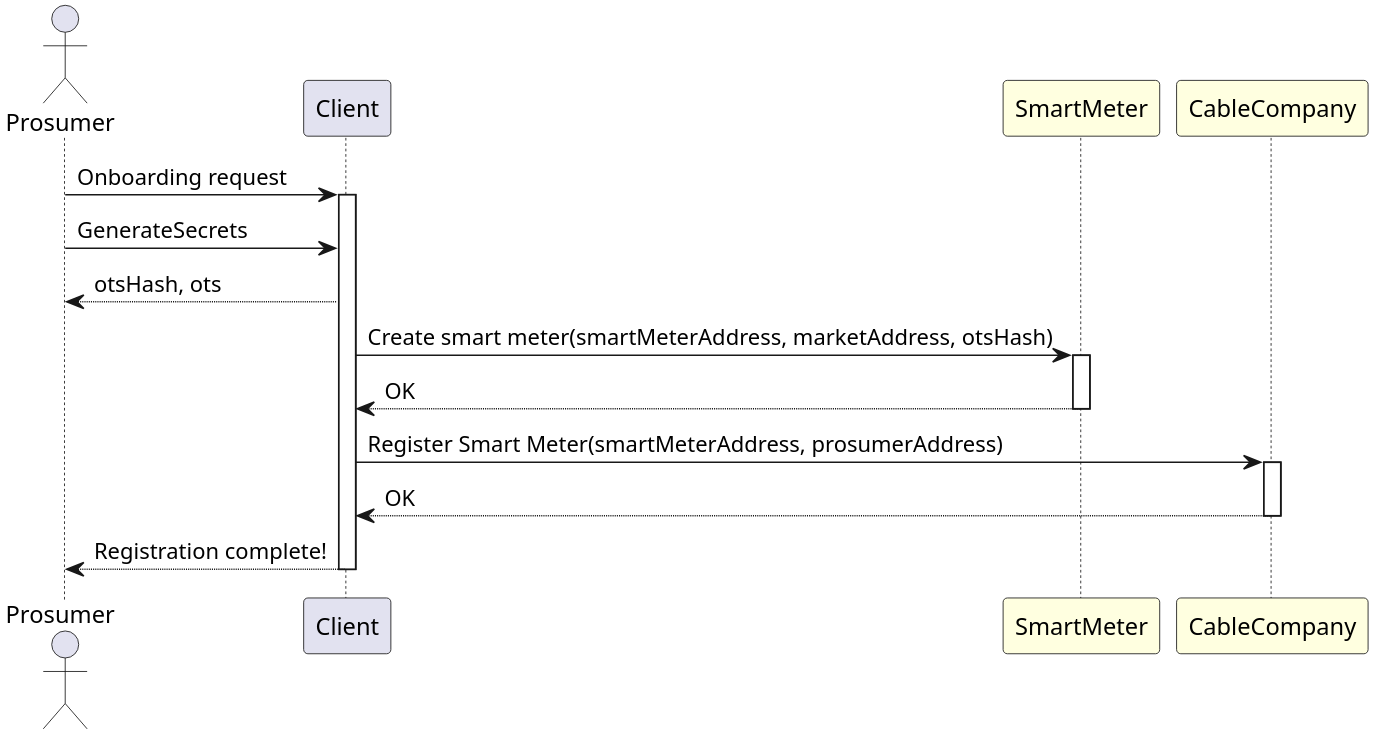
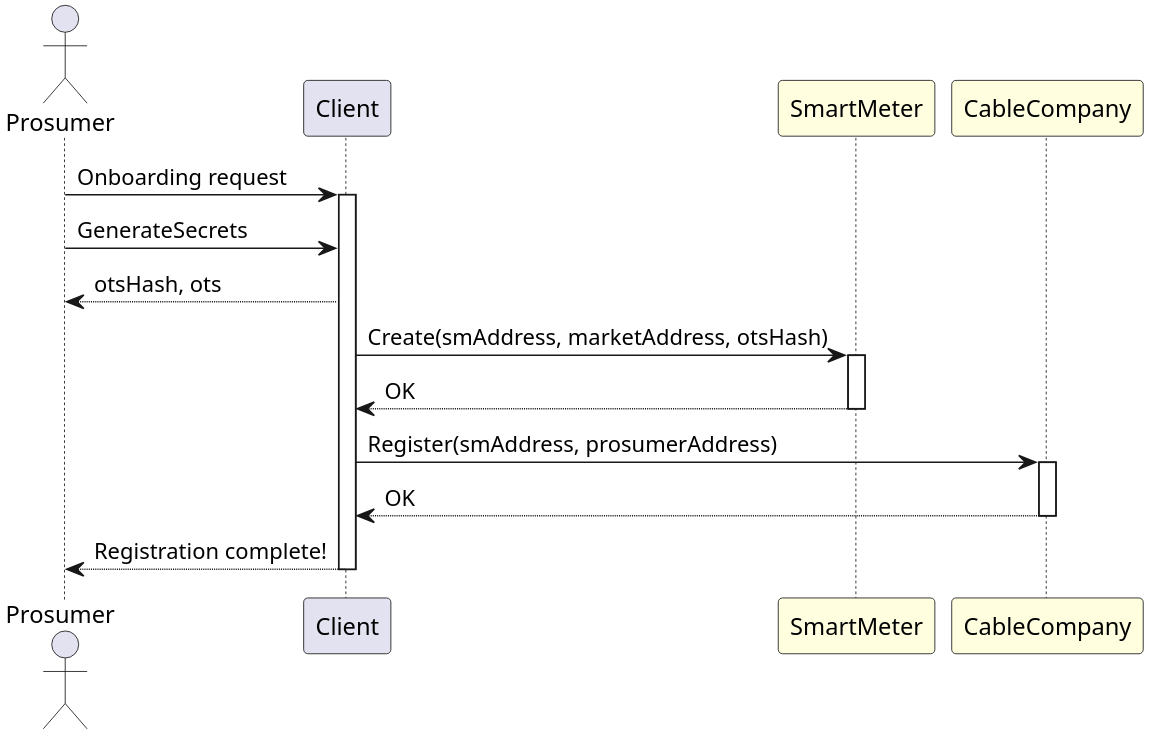
One commit to antonoeschmidt/SmartGridEmpowered changed the diagram in docs/SequenceDiagrams/onboarding.puml. Above: the diagram before and after it, drawn with PlantUML. The commit also changed 2 other files, not shown here.

Commit message:
updated diagrams agian

```diff
--- a/docs/SequenceDiagrams/onboarding.puml
+++ b/docs/SequenceDiagrams/onboarding.puml
@@ -1,17 +1,17 @@
-@startuml
+@startuml Onboarding
 actor Prosumer
 participant Client
 participant SmartMeter #LightYellow
 participant CableCompany #LightYellow
 
 skinparam dpi 300
 
 Prosumer -> Client ++: Onboarding request
 Prosumer -> Client: GenerateSecrets
 Client --> Prosumer: otsHash, ots
-Client -> SmartMeter ++: Create smart meter(smartMeterAddress, marketAddress, otsHash)
+Client -> SmartMeter ++: Create(smAddress, marketAddress, otsHash)
 SmartMeter --> Client --: OK
-Client -> CableCompany ++: Register Smart Meter(smartMeterAddress, prosumerAddress)
+Client -> CableCompany ++: Register(smAddress, prosumerAddress)
 CableCompany --> Client --: OK
 Client --> Prosumer --: Registration complete!
 @enduml
```
